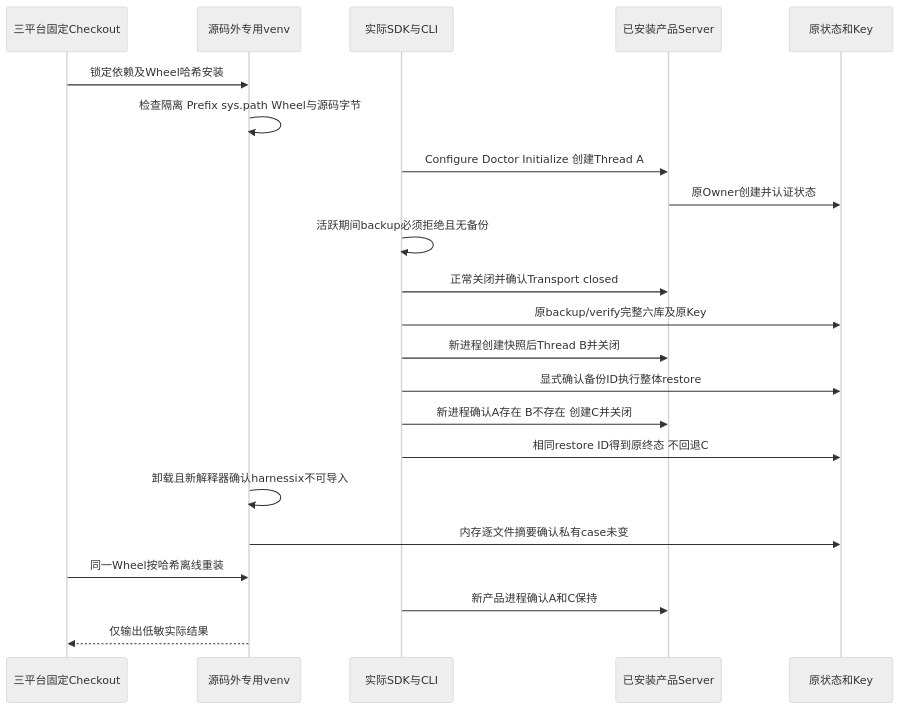
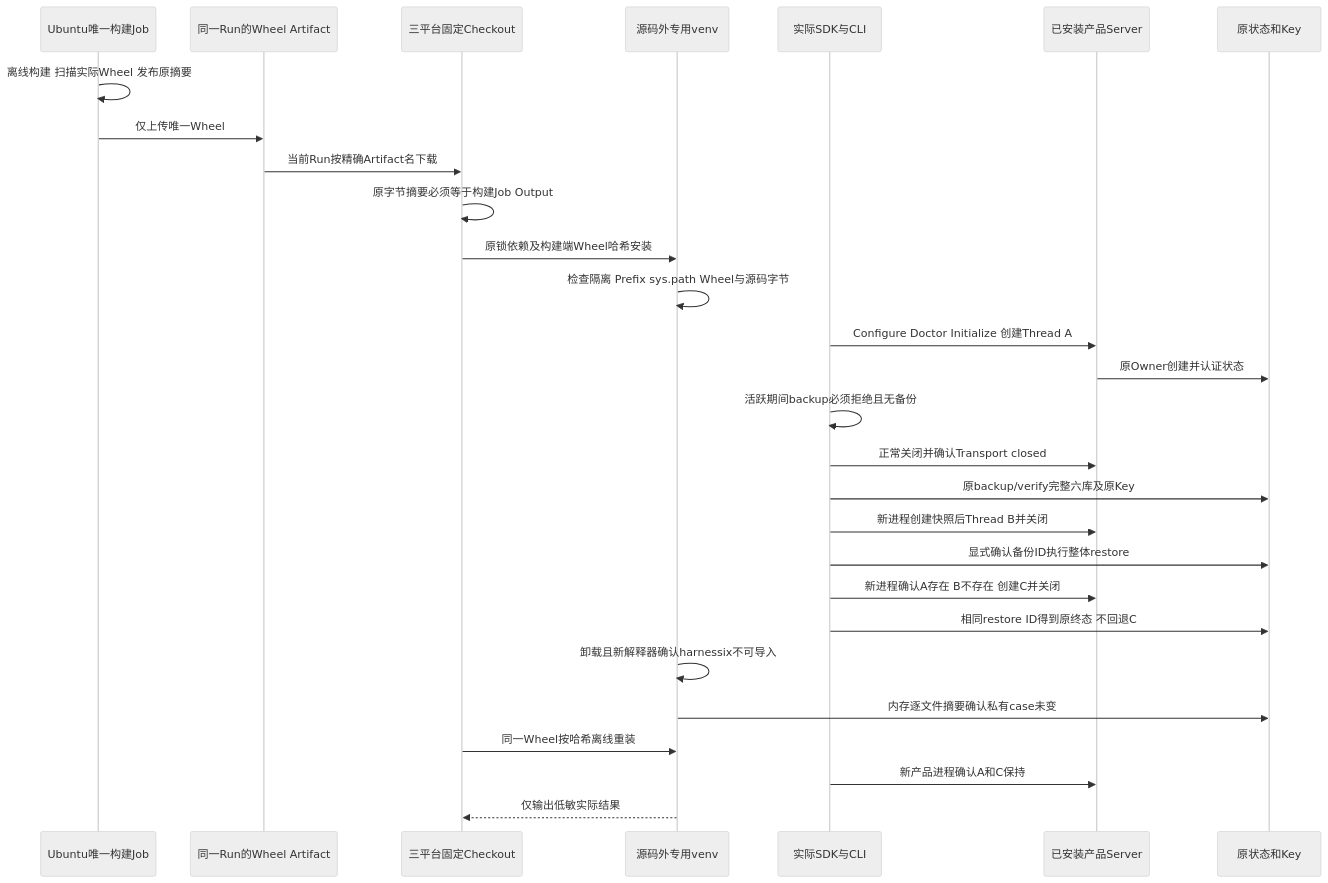
Before and after one commit to carrie1988/Harnessix: the second of 2 diagrams in docs/changes/m09-r4-installed-product-acceptance.md, drawn with Mermaid (neutral theme). The commit also changed other lines of this file and 3 other files, not shown here.

````diff
--- a/docs/changes/m09-r4-installed-product-acceptance.md
+++ b/docs/changes/m09-r4-installed-product-acceptance.md
@@ -74,24 +86,30 @@
 ```mermaid
 sequenceDiagram
+    participant B as Ubuntu唯一构建Job
+    participant A as 同一Run的Wheel Artifact
     participant G as 三平台固定Checkout
     participant V as 源码外专用venv
     participant C as 实际SDK与CLI
     participant P as 已安装产品Server
     participant S as 原状态和Key
-    G->>V: 锁定依赖及Wheel哈希安装
+    B->>B: 离线构建 扫描实际Wheel 发布原摘要
+    B->>A: 仅上传唯一Wheel
+    A->>G: 当前Run按精确Artifact名下载
+    G->>G: 原字节摘要必须等于构建Job Output
+    G->>V: 原锁依赖及构建端Wheel哈希安装
     V->>V: 检查隔离 Prefix sys.path Wheel与源码字节
     C->>P: Configure Doctor Initialize 创建Thread A
     P->>S: 原Owner创建并认证状态
     C->>C: 活跃期间backup必须拒绝且无备份
     C->>P: 正常关闭并确认Transport closed
     C->>S: 原backup/verify完整六库及原Key
     C->>P: 新进程创建快照后Thread B并关闭
     C->>S: 显式确认备份ID执行整体restore
     C->>P: 新进程确认A存在 B不存在 创建C并关闭
     C->>S: 相同restore ID得到原终态 不回退C
     V->>V: 卸载且新解释器确认harnessix不可导入
     V->>S: 内存逐文件摘要确认私有case未变
     G->>V: 同一Wheel按哈希离线重装
     C->>P: 新产品进程确认A和C保持
     V-->>G: 仅输出低敏实际结果
 ```
````
